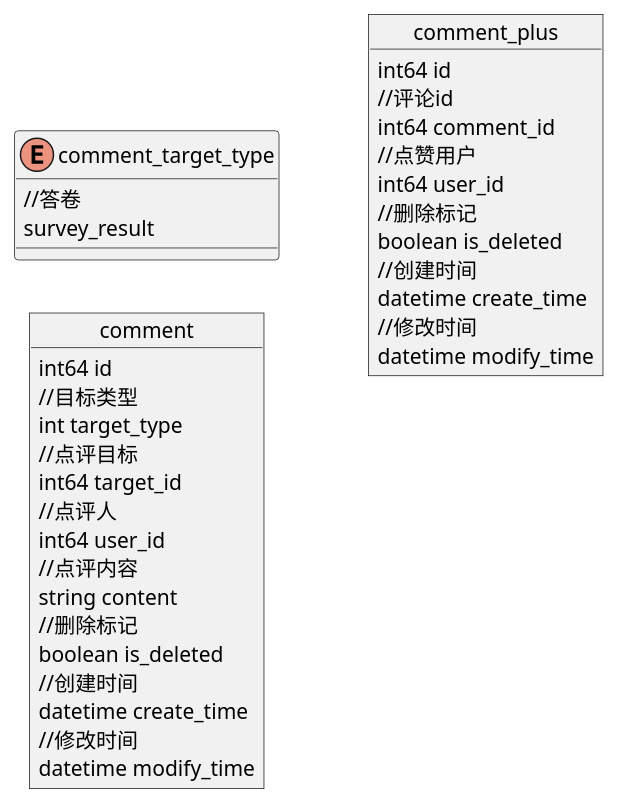
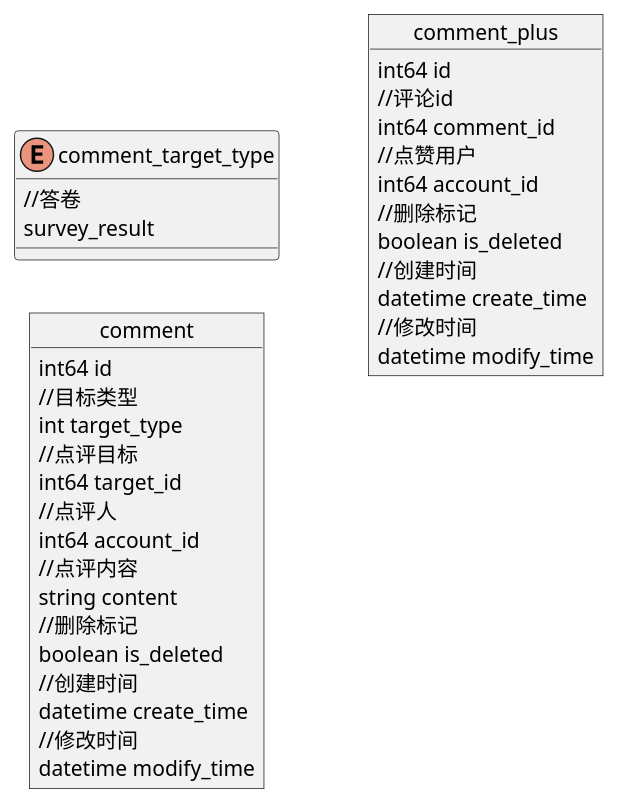
Before and after one commit to cryS4tal/degign: the diagram in tmindtech/comment/comment.db.puml.md, drawn with PlantUML. The commit also changed 4 other files, not shown here.

Commit message:
update: user_id => account_id

````diff
--- a/tmindtech/comment/comment.db.puml.md
+++ b/tmindtech/comment/comment.db.puml.md
@@ -1,42 +1,42 @@
 ```plantuml
 @startuml
 left to right direction
 
 enum comment_target_type {
     //答卷
     survey_result
 }
 
 object comment {
     int64 id
     //目标类型
     int target_type
     //点评目标
     int64 target_id
     //点评人
-    int64 user_id
+    int64 account_id
     //点评内容
     string content
     //删除标记
     boolean is_deleted
     //创建时间
     datetime create_time
     //修改时间
     datetime modify_time
 }
 
 object comment_plus {
     int64 id
     //评论id
     int64 comment_id
     //点赞用户
-    int64 user_id
+    int64 account_id
     //删除标记
     boolean is_deleted
     //创建时间
     datetime create_time
     //修改时间
     datetime modify_time
 }
 @enduml
 ```
````
